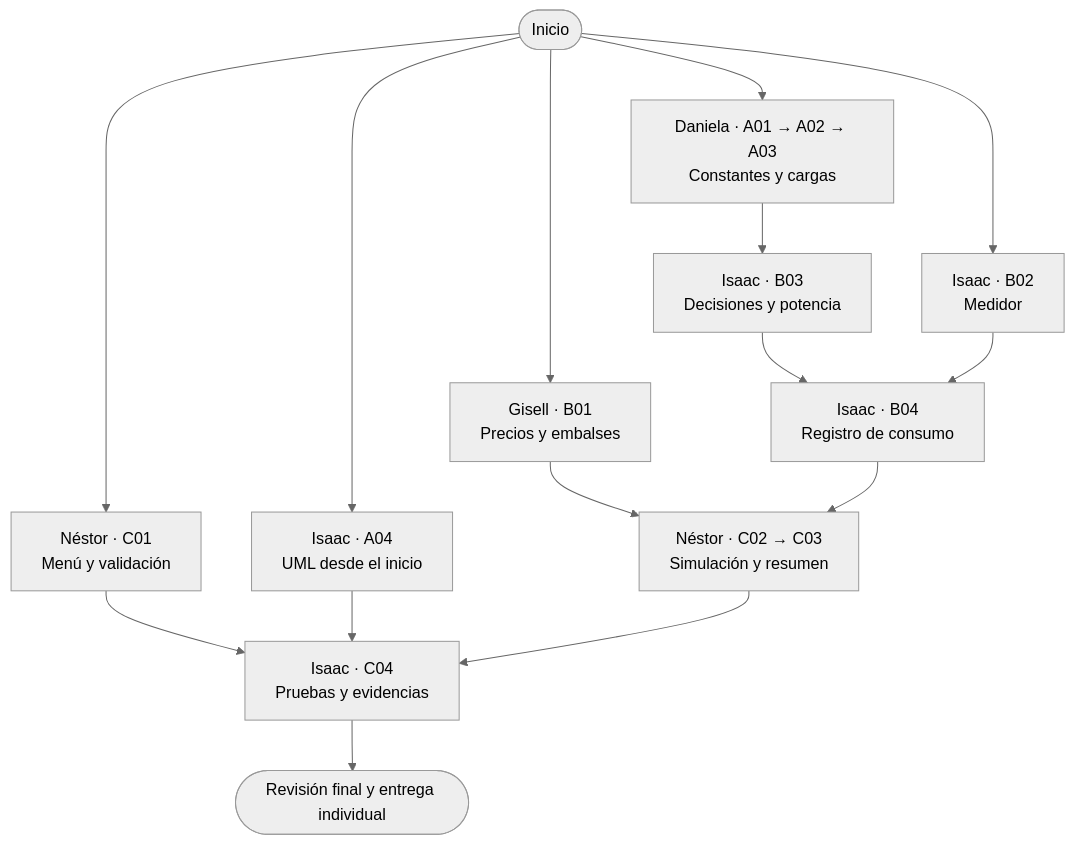
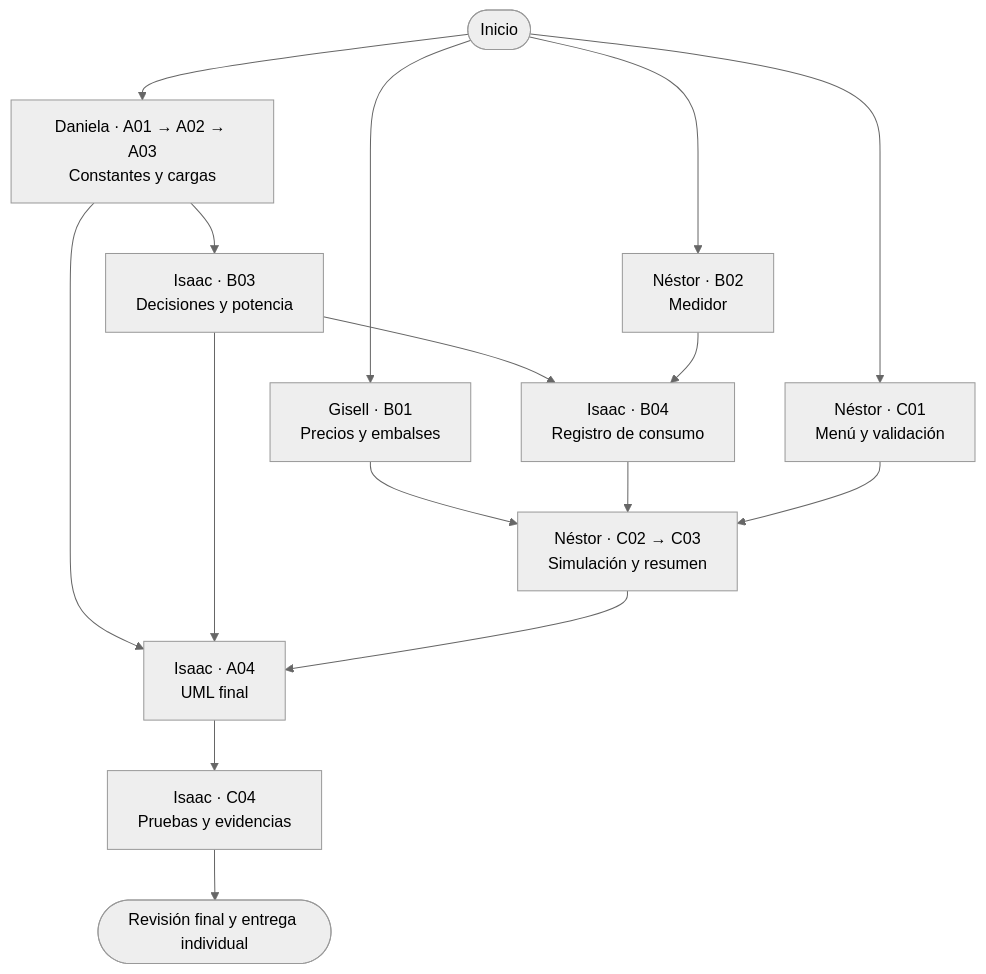
Before and after one commit to isaactorrenegra-coder/wattcontrol-panaderia-equipo4: the diagram in README.md, drawn with Mermaid (neutral theme). The commit also changed other lines of this file and 5 other files, not shown here.

Commit message:
docs: aplazar UML y documentar flujo Git

````diff
--- a/README.md
+++ b/README.md
@@ -18,17 +18,18 @@
 ```mermaid
 flowchart TD
     Inicio([Inicio]) --> A["Daniela · A01 → A02 → A03<br/>Constantes y cargas"]
     Inicio --> B1["Gisell · B01<br/>Precios y embalses"]
-    Inicio --> B2["Isaac · B02<br/>Medidor"]
+    Inicio --> B2["Néstor · B02<br/>Medidor"]
     Inicio --> C1["Néstor · C01<br/>Menú y validación"]
-    Inicio --> A4["Isaac · A04<br/>UML desde el inicio"]
     A --> B3["Isaac · B03<br/>Decisiones y potencia"]
     B3 --> B4["Isaac · B04<br/>Registro de consumo"]
     B2 --> B4
     B1 --> C23["Néstor · C02 → C03<br/>Simulación y resumen"]
     B4 --> C23
-    C1 --> C4["Isaac · C04<br/>Pruebas y evidencias"]
-    A4 --> C4
-    C23 --> C4
+    C1 --> C23
+    A --> A4["Isaac · A04<br/>UML final"]
+    B3 --> A4
+    C23 --> A4
+    A4 --> C4["Isaac · C04<br/>Pruebas y evidencias"]
     C4 --> Fin([Revisión final y entrega individual])
 ```
````
